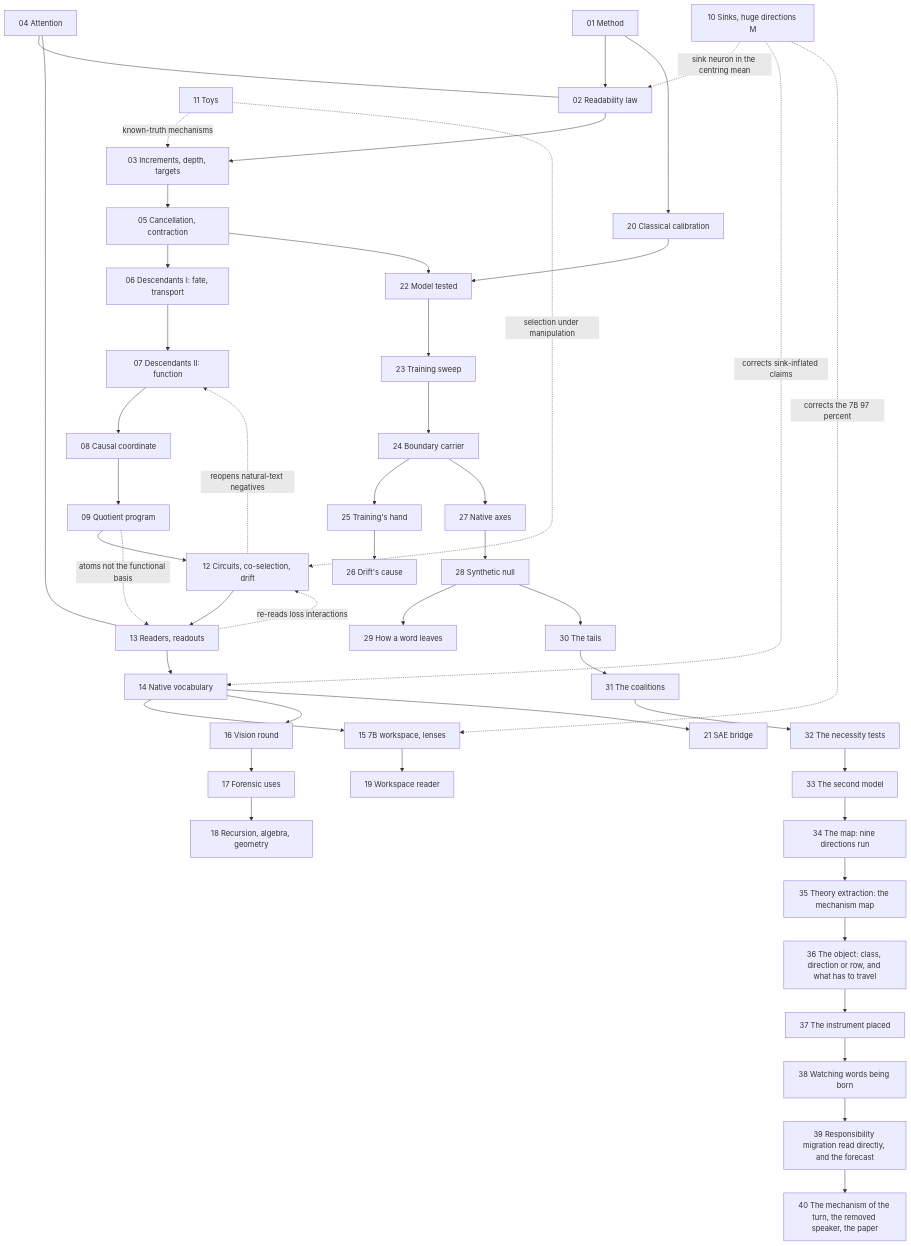
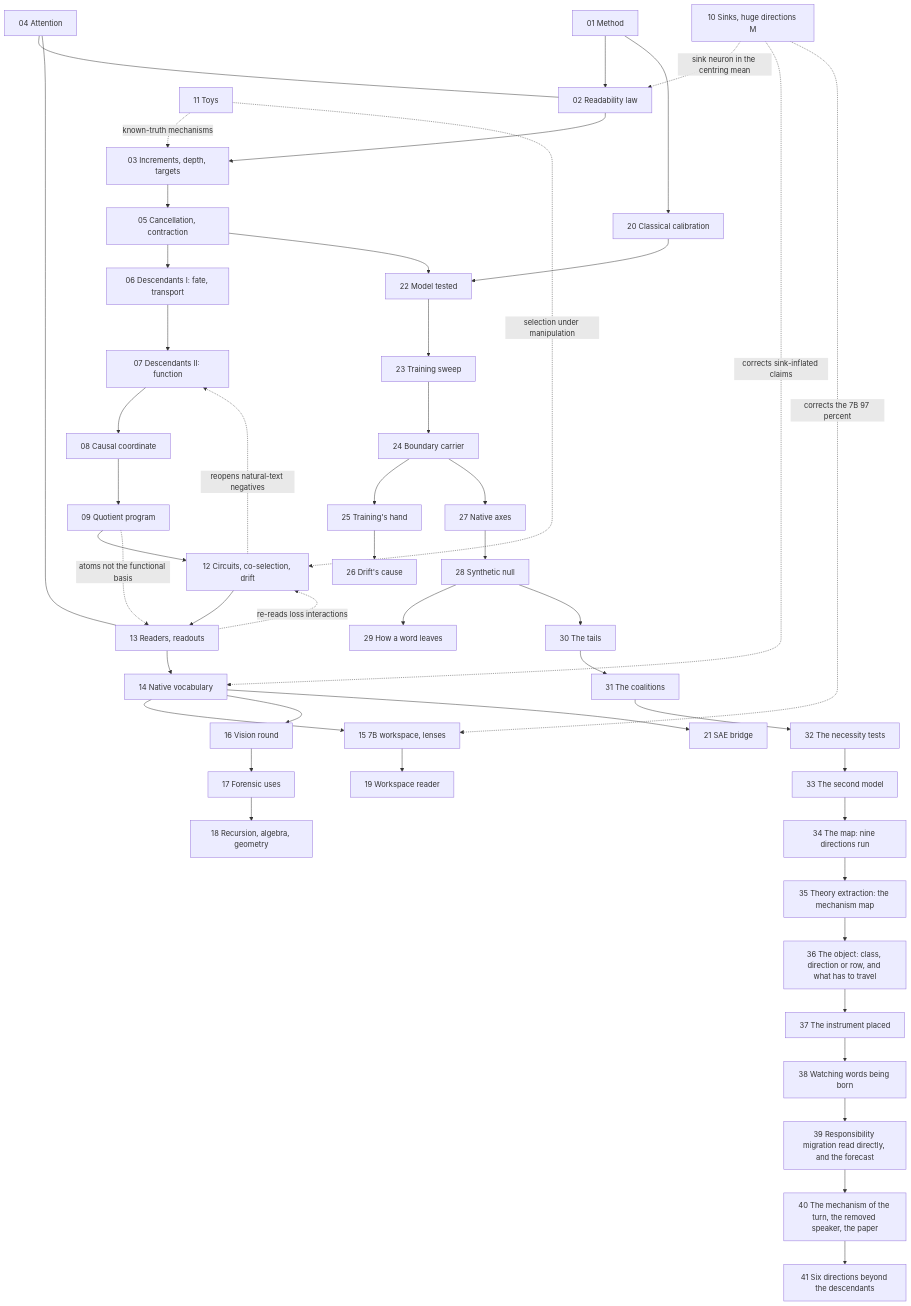
Before and after one commit to sunmoonron/wdd-descendants: the diagram in docs/ATLAS.md, drawn with Mermaid. The commit also changed other lines of this file and 88 other files, not shown here.

First line of the commit message:
Phase 3bw: six directions beyond the descendants (e591-e596 with e591b, e591c, e592b, e593b-e593d, atlas area 41)

````diff
--- a/docs/ATLAS.md
+++ b/docs/ATLAS.md
@@ -91,50 +92,51 @@
 ```mermaid
 flowchart TD
   A01["01 Method"] --> A02["02 Readability law"]
   A02 --> A03["03 Increments, depth, targets"]
   A03 --> A05["05 Cancellation, contraction"]
   A05 --> A06["06 Descendants I: fate, transport"]
   A06 --> A07["07 Descendants II: function"]
   A07 --> A08["08 Causal coordinate"]
   A08 --> A09["09 Quotient program"]
   A09 --> A12["12 Circuits, co-selection, drift"]
   A12 --> A13["13 Readers, readouts"]
   A13 --> A14["14 Native vocabulary"]
   A14 --> A15["15 7B workspace, lenses"]
   A14 --> A16["16 Vision round"]
   A16 --> A17["17 Forensic uses"]
   A17 --> A18["18 Recursion, algebra, geometry"]
   A15 --> A19["19 Workspace reader"]
   A01 --> A20["20 Classical calibration"]
   A14 --> A21["21 SAE bridge"]
   A20 --> A22["22 Model tested"]
   A22 --> A23["23 Training sweep"]
   A23 --> A24["24 Boundary carrier"]
   A24 --> A25["25 Training's hand"]
   A25 --> A26["26 Drift's cause"]
   A24 --> A27["27 Native axes"]
   A27 --> A28["28 Synthetic null"]
   A28 --> A29["29 How a word leaves"]
   A28 --> A30["30 The tails"]
   A30 --> A31["31 The coalitions"]
   A31 --> A32["32 The necessity tests"]
   A32 --> A33["33 The second model"]
   A33 --> A34["34 The map: nine directions run"]
   A34 --> A35["35 Theory extraction: the mechanism map"]
   A35 --> A36["36 The object: class, direction or row, and what has to travel"]
   A36 --> A37["37 The instrument placed"]
   A37 --> A38["38 Watching words being born"]
   A38 --> A39["39 Responsibility migration read directly, and the forecast"]
   A39 --> A40["40 The mechanism of the turn, the removed speaker, the paper"]
+  A40 --> A41["41 Six directions beyond the descendants"]
   A05 --> A22
   A04["04 Attention"] --- A02
   A04 --- A13
   A10["10 Sinks, huge directions M"] -.->|sink neuron in the centring mean| A02
   A10 -.->|corrects sink-inflated claims| A14
   A10 -.->|corrects the 7B 97 percent| A15
   A11["11 Toys"] -.->|known-truth mechanisms| A03
   A11 -.->|selection under manipulation| A12
   A12 -.->|reopens natural-text negatives| A07
   A13 -.->|re-reads loss interactions| A12
   A09 -.->|atoms not the functional basis| A13
 ```
````
